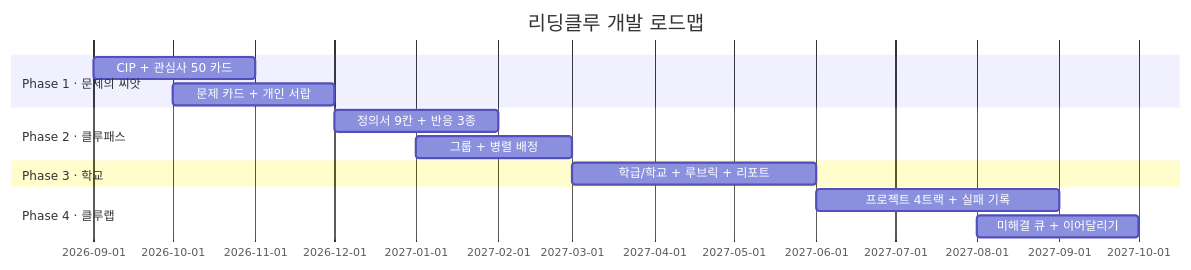
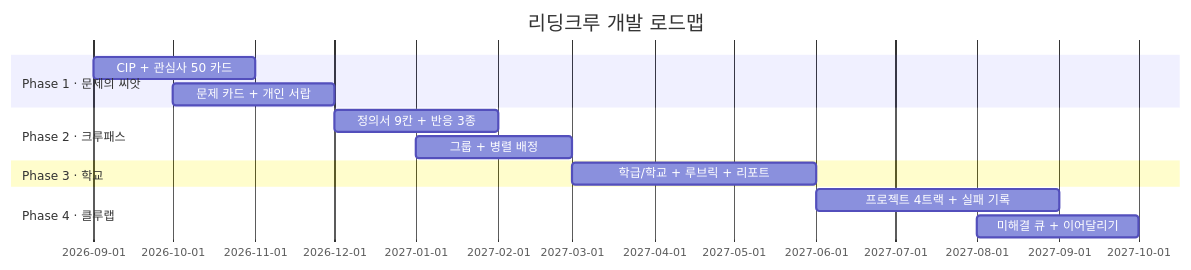
Diagram 18 of 19 in 아이디어/7단계-리딩클루_관심사50_클루패스_설계서.md (Collegenie-X/ReadingClueProject), drawn with Mermaid before and after one commit. The commit also changed other lines of this file and 9 other files, not shown here.

````diff
--- a/아이디어/7단계-리딩클루_관심사50_클루패스_설계서.md
+++ b/아이디어/7단계-리딩클루_관심사50_클루패스_설계서.md
@@ -4417,16 +4417,16 @@
 ```mermaid
 gantt
     dateFormat YYYY-MM
-    title 리딩클루 개발 로드맵
+    title 리딩크루 개발 로드맵
     section Phase 1 · 문제의 씨앗
     CIP + 관심사 50 카드       :2026-09, 2M
     문제 카드 + 개인 서랍       :2026-10, 2M
-    section Phase 2 · 클루패스
+    section Phase 2 · 크루패스
     정의서 9칸 + 반응 3종       :2026-12, 2M
     그룹 + 병렬 배정            :2027-01, 2M
     section Phase 3 · 학교
     학급/학교 + 루브릭 + 리포트  :2027-03, 3M
     section Phase 4 · 클루랩
     프로젝트 4트랙 + 실패 기록   :2027-06, 3M
     미해결 큐 + 이어달리기       :2027-08, 2M
 ```
````
